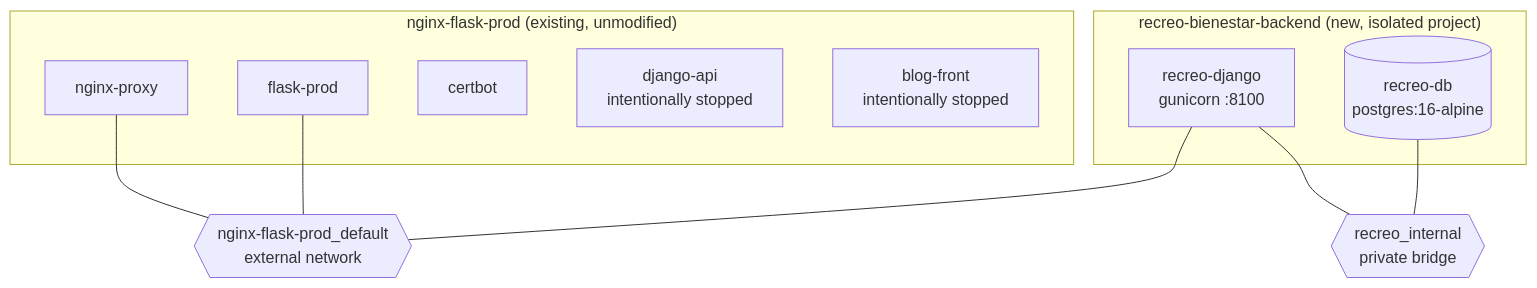
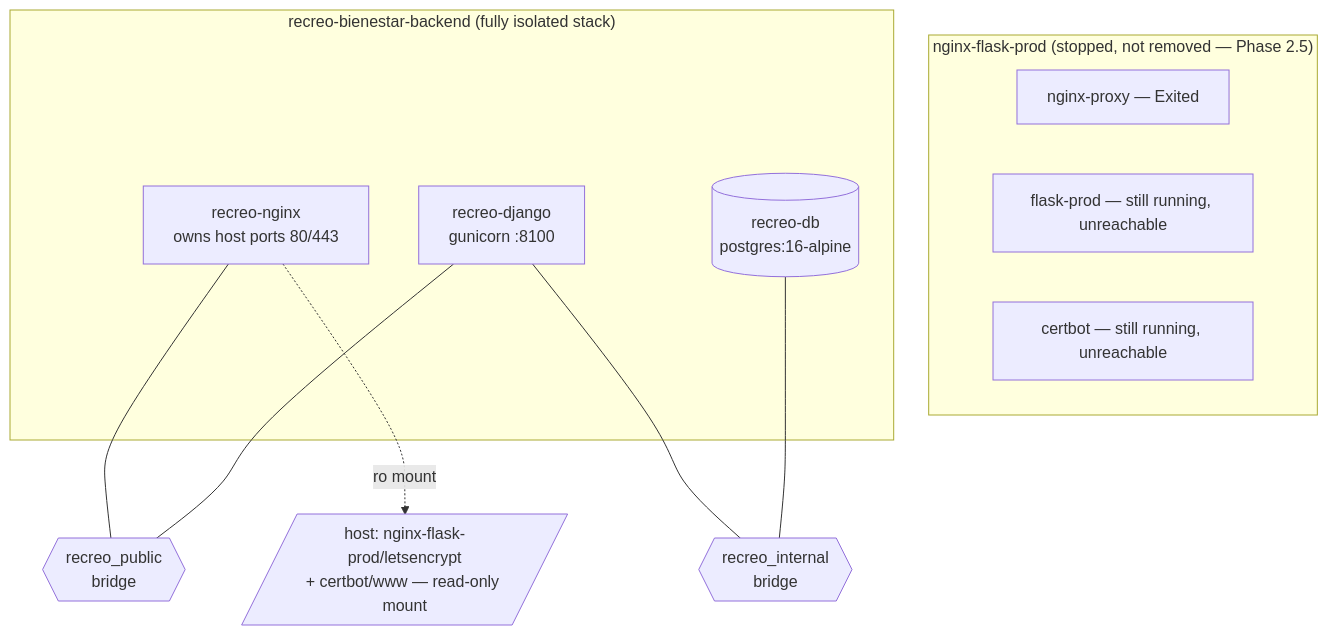
Before and after one commit to hokuto06/recreobienestar: the second of 6 diagrams in backend/ARCHITECTURE.md, drawn with Mermaid. The commit also changed other lines of this file and 17 other files, not shown here.

````diff
--- a/backend/ARCHITECTURE.md
+++ b/backend/ARCHITECTURE.md
@@ -39,22 +45,22 @@
 ```mermaid
 flowchart TB
-    subgraph "nginx-flask-prod (existing, unmodified)"
-        NGINX[nginx-proxy]
-        FLASK[flask-prod]
-        CERTBOT[certbot]
-        APIold[django-api\nintentionally stopped]
-        BLOG[blog-front\nintentionally stopped]
+    subgraph "nginx-flask-prod (stopped, not removed — Phase 2.5)"
+        NGINX[nginx-proxy — Exited]
+        FLASK[flask-prod — still running, unreachable]
+        CERTBOT[certbot — still running, unreachable]
     end
-    subgraph "recreo-bienestar-backend (new, isolated project)"
+    subgraph "recreo-bienestar-backend (fully isolated stack)"
+        RN[recreo-nginx\nowns host ports 80/443]
         DJ[recreo-django\ngunicorn :8100]
         PG[(recreo-db\npostgres:16-alpine)]
     end
-    NET1{{nginx-flask-prod_default\nexternal network}}
-    NET2{{recreo_internal\nprivate bridge}}
+    NET1{{recreo_public\nbridge}}
+    NET2{{recreo_internal\nbridge}}
+    HOSTFS[/host: nginx-flask-prod/letsencrypt\n+ certbot/www — read-only mount/]
 
-    NGINX --- NET1
-    FLASK --- NET1
+    RN --- NET1
     DJ --- NET1
     DJ --- NET2
     PG --- NET2
+    RN -.->|ro mount| HOSTFS
 ```
````
